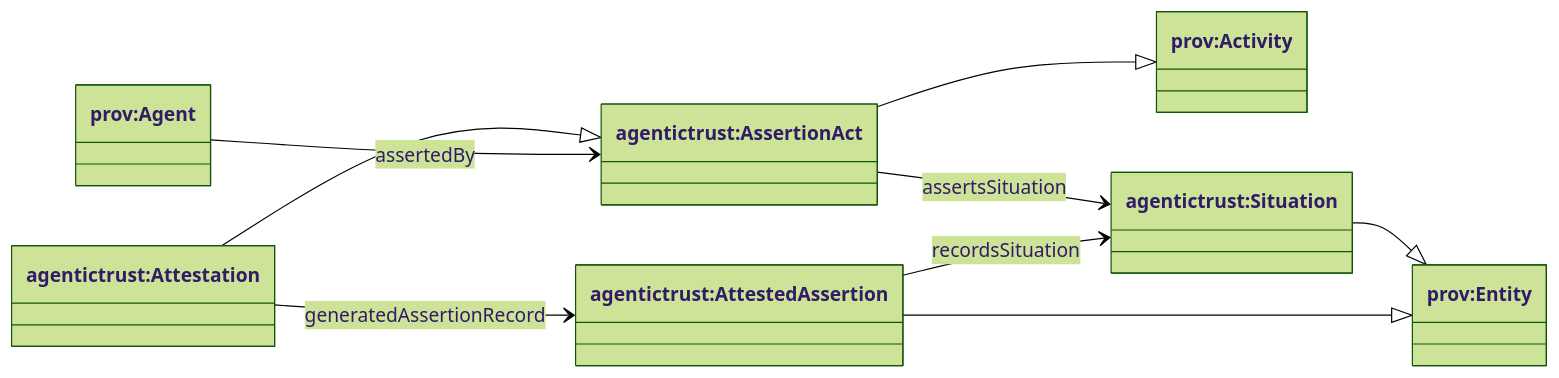
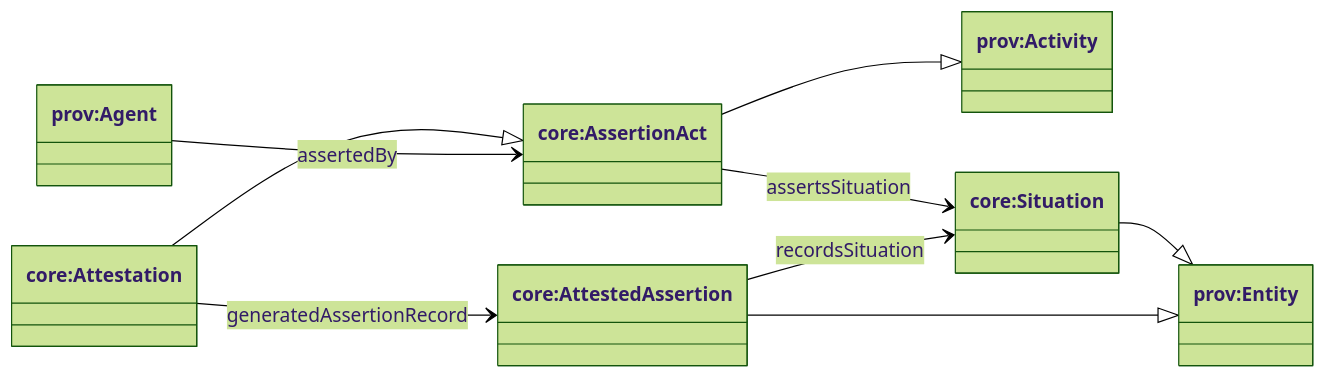
The first of 3 diagrams in docs/ontology/trust-graph.md (Agentic-Trust-Layer/agent-explorer), drawn with Mermaid (forest theme) before and after one commit. The commit also changed other lines of this file and 49 other files, not shown here.

````diff
--- a/docs/ontology/trust-graph.md
+++ b/docs/ontology/trust-graph.md
@@ -13,23 +13,23 @@
 ```mermaid
 classDiagram
 direction LR
 
 class provEntity["prov:Entity"]
 class provActivity["prov:Activity"]
 class provAgent["prov:Agent"]
 
-class Situation["agentictrust:Situation"]
-class AssertionAct["agentictrust:AssertionAct"]
-class Attestation["agentictrust:Attestation"]
-class AttestedAssertion["agentictrust:AttestedAssertion"]
+class Situation["core:Situation"]
+class AssertionAct["core:AssertionAct"]
+class Attestation["core:Attestation"]
+class AttestedAssertion["core:AttestedAssertion"]
 
 Situation --|> provEntity
 AssertionAct --|> provActivity
 Attestation --|> AssertionAct
 AttestedAssertion --|> provEntity
 
 provAgent --> AssertionAct : assertedBy
 AssertionAct --> Situation : assertsSituation
 Attestation --> AttestedAssertion : generatedAssertionRecord
 AttestedAssertion --> Situation : recordsSituation
 ```
````
